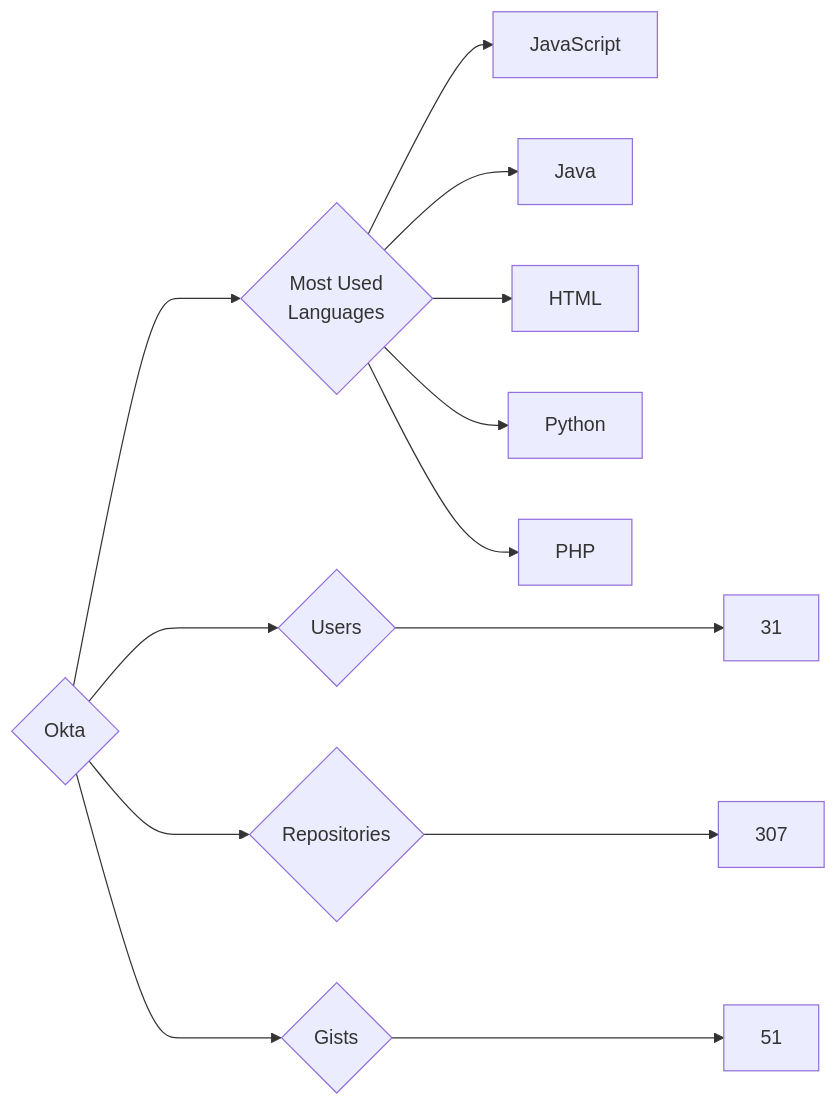
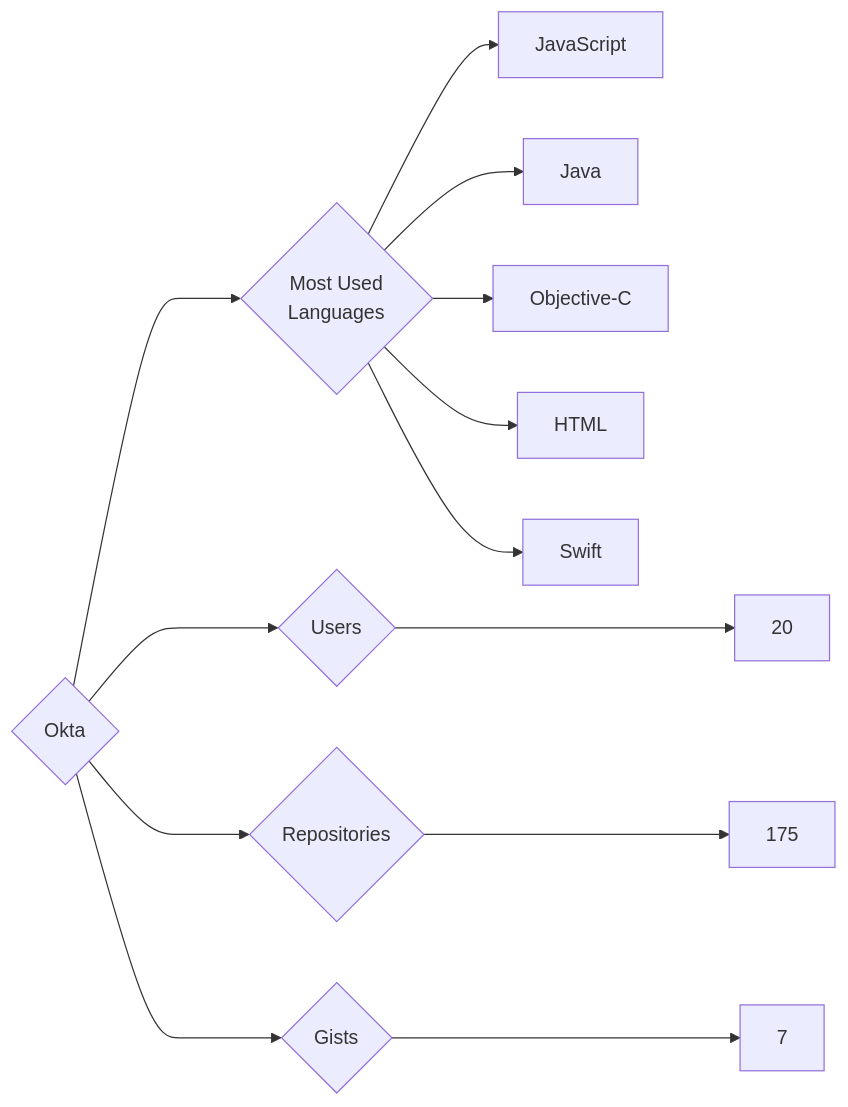
The diagram in targets/Okta/README.md (trickest/insiders), drawn with Mermaid before and after one commit. The commit also changed 534 other files, not shown here.

````diff
--- a/targets/Okta/README.md
+++ b/targets/Okta/README.md
@@ -3,13 +3,13 @@
 ```mermaid
 graph LR
 COMPANY_NAME{Okta}
-COMPANY_NAME ---> U{Users} ---> UN[31]
-COMPANY_NAME ---> R{Repositories} ---> RN[307]
-COMPANY_NAME ---> G{Gists} ---> GN[51]
+COMPANY_NAME ---> U{Users} ---> UN[20]
+COMPANY_NAME ---> R{Repositories} ---> RN[175]
+COMPANY_NAME ---> G{Gists} ---> GN[7]
 COMPANY_NAME ---> ML{Most Used<br>Languages}
 ML --> JavaScript[JavaScript]
 ML --> Java[Java]
+ML --> Objective-C[Objective-C]
 ML --> HTML[HTML]
-ML --> Python[Python]
-ML --> PHP[PHP]
+ML --> Swift[Swift]
 ```
````
